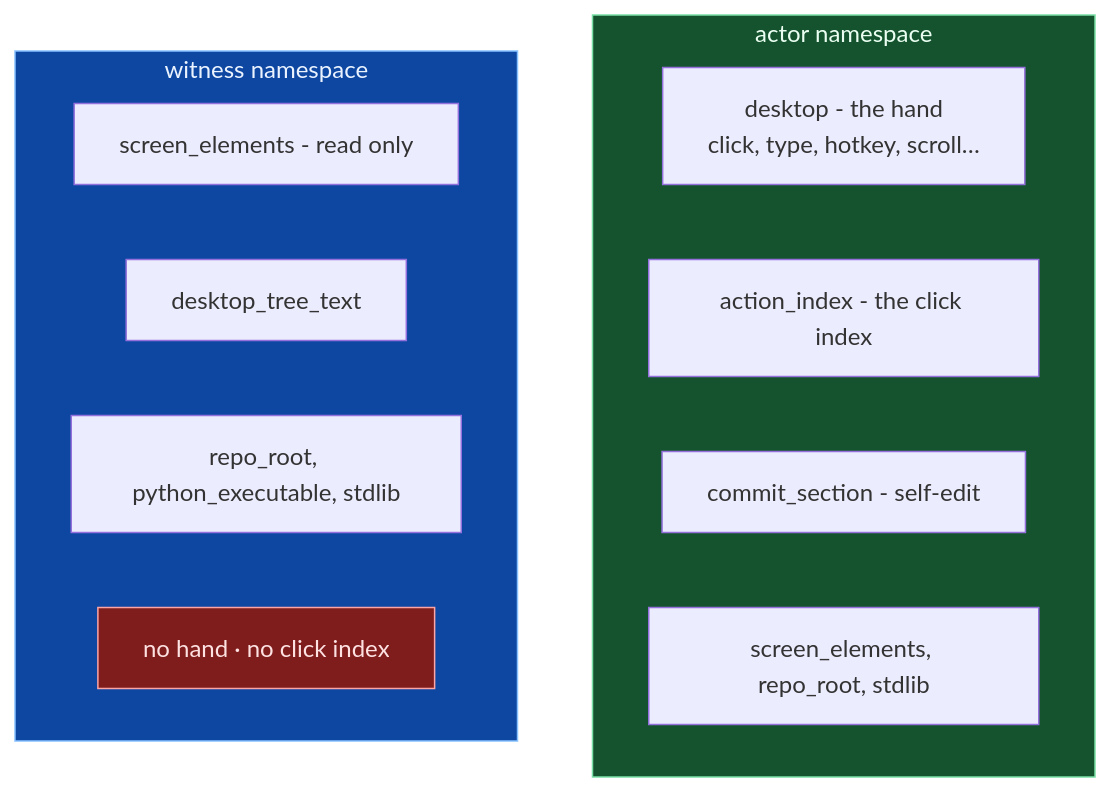
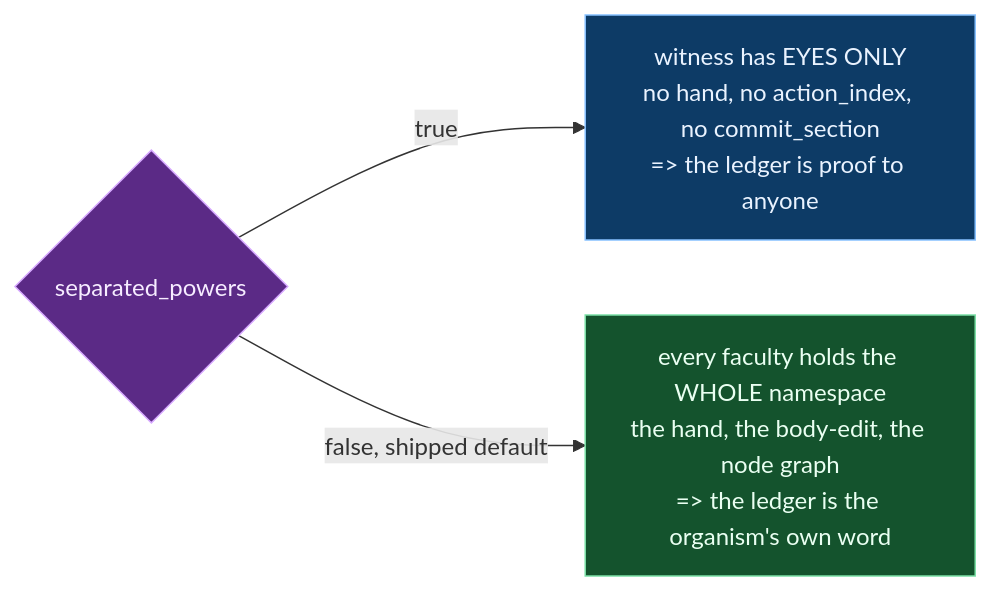
The sixth of 10 diagrams in README.md (wgabrys88/endgame-ai), drawn with Mermaid before and after one commit. The commit also changed other lines of this file, not shown here.

````diff
--- a/README.md
+++ b/README.md
@@ -239,18 +204,9 @@
 ```mermaid
-flowchart TB
-    subgraph ACTOR["actor namespace"]
-        A1["desktop - the hand<br/>click, type, hotkey, scroll…"]
-        A2["action_index - the click index"]
-        A3["commit_section - self-edit"]
-        A4["screen_elements, repo_root, stdlib"]
-    end
-    subgraph WITNESS["witness namespace"]
-        W1["screen_elements - read only"]
-        W2["desktop_tree_text"]
-        W3["repo_root, python_executable, stdlib"]
-        W4["no hand · no click index"]
-    end
-    style ACTOR fill:#14532d,stroke:#7be0a6,color:#eafff2
-    style WITNESS fill:#0d47a1,stroke:#87c1ff,color:#eaf3ff
-    style W4 fill:#7f1d1d,stroke:#fca5a5,color:#fee2e2
+flowchart LR
+    F{separated_powers}
+    F -->|true| S["witness has EYES ONLY<br/>no hand, no action_index, no commit_section<br/>=> the ledger is proof to anyone"]
+    F -->|false, shipped default| D["every faculty holds the WHOLE namespace<br/>the hand, the body-edit, the node graph<br/>=> the ledger is the organism's own word"]
+    style F fill:#5b2a86,stroke:#d7a9ff,color:#f6ecff
+    style S fill:#0d3b66,stroke:#87c1ff,color:#eaf3ff
+    style D fill:#14532d,stroke:#7be0a6,color:#eafff2
 ```
````
